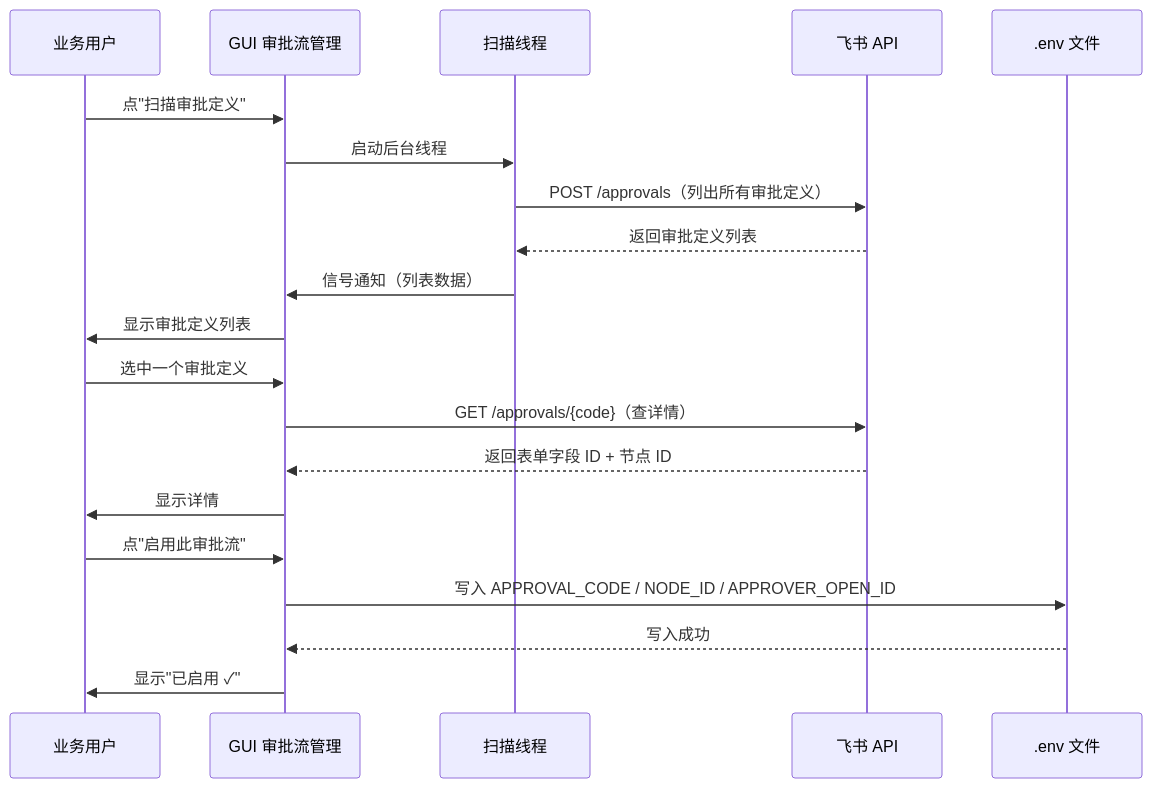
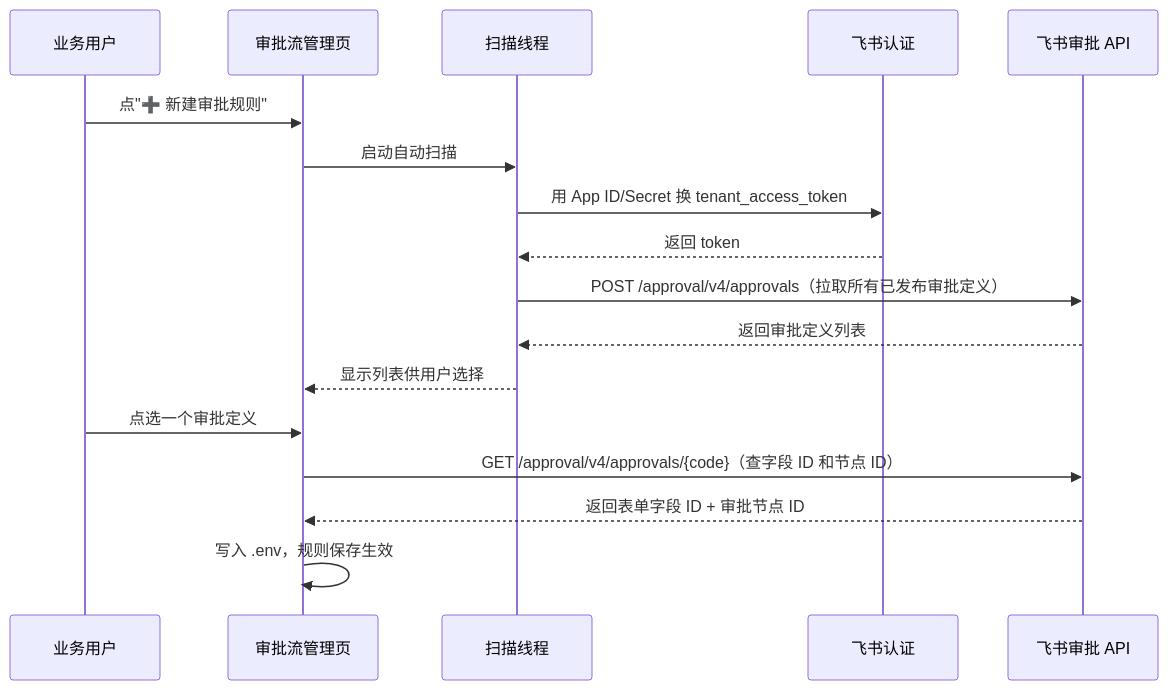
Before and after one commit to lbh1nb/cross-border-ai-platform: diagram 14 of 15 in ARCHITECTURE.md, drawn with Mermaid. The commit also changed other lines of this file and 30 other files, not shown here.

````diff
--- a/ARCHITECTURE.md
+++ b/ARCHITECTURE.md
@@ -415,25 +560,20 @@
 ```mermaid
 sequenceDiagram
     participant User as 业务用户
-    participant GUI as GUI 审批流管理
+    participant GUI as 审批流管理页
     participant ScanThread as 扫描线程
-    participant Feishu as 飞书 API
-    participant Env as .env 文件
+    participant Auth as 飞书认证
+    participant API as 飞书审批 API
 
-    User->>GUI: 点"扫描审批定义"
-    GUI->>ScanThread: 启动后台线程
-    ScanThread->>Feishu: POST /approvals（列出所有审批定义）
-    Feishu-->>ScanThread: 返回审批定义列表
-    ScanThread->>GUI: 信号通知（列表数据）
-    GUI->>User: 显示审批定义列表
-
-    User->>GUI: 选中一个审批定义
-    GUI->>Feishu: GET /approvals/{code}（查详情）
-    Feishu-->>GUI: 返回表单字段 ID + 节点 ID
-    GUI->>User: 显示详情
-
-    User->>GUI: 点"启用此审批流"
-    GUI->>Env: 写入 APPROVAL_CODE / NODE_ID / APPROVER_OPEN_ID
-    Env-->>GUI: 写入成功
-    GUI->>User: 显示"已启用 ✓"
+    User->>GUI: 点"➕ 新建审批规则"
+    GUI->>ScanThread: 启动自动扫描
+    ScanThread->>Auth: 用 App ID/Secret 换 tenant_access_token
+    Auth-->>ScanThread: 返回 token
+    ScanThread->>API: POST /approval/v4/approvals（拉取所有已发布审批定义）
+    API-->>ScanThread: 返回审批定义列表
+    ScanThread-->>GUI: 显示列表供用户选择
+    User->>GUI: 点选一个审批定义
+    GUI->>API: GET /approval/v4/approvals/{code}（查字段 ID 和节点 ID）
+    API-->>GUI: 返回表单字段 ID + 审批节点 ID
+    GUI->>GUI: 写入 .env，规则保存生效
 ```
````
